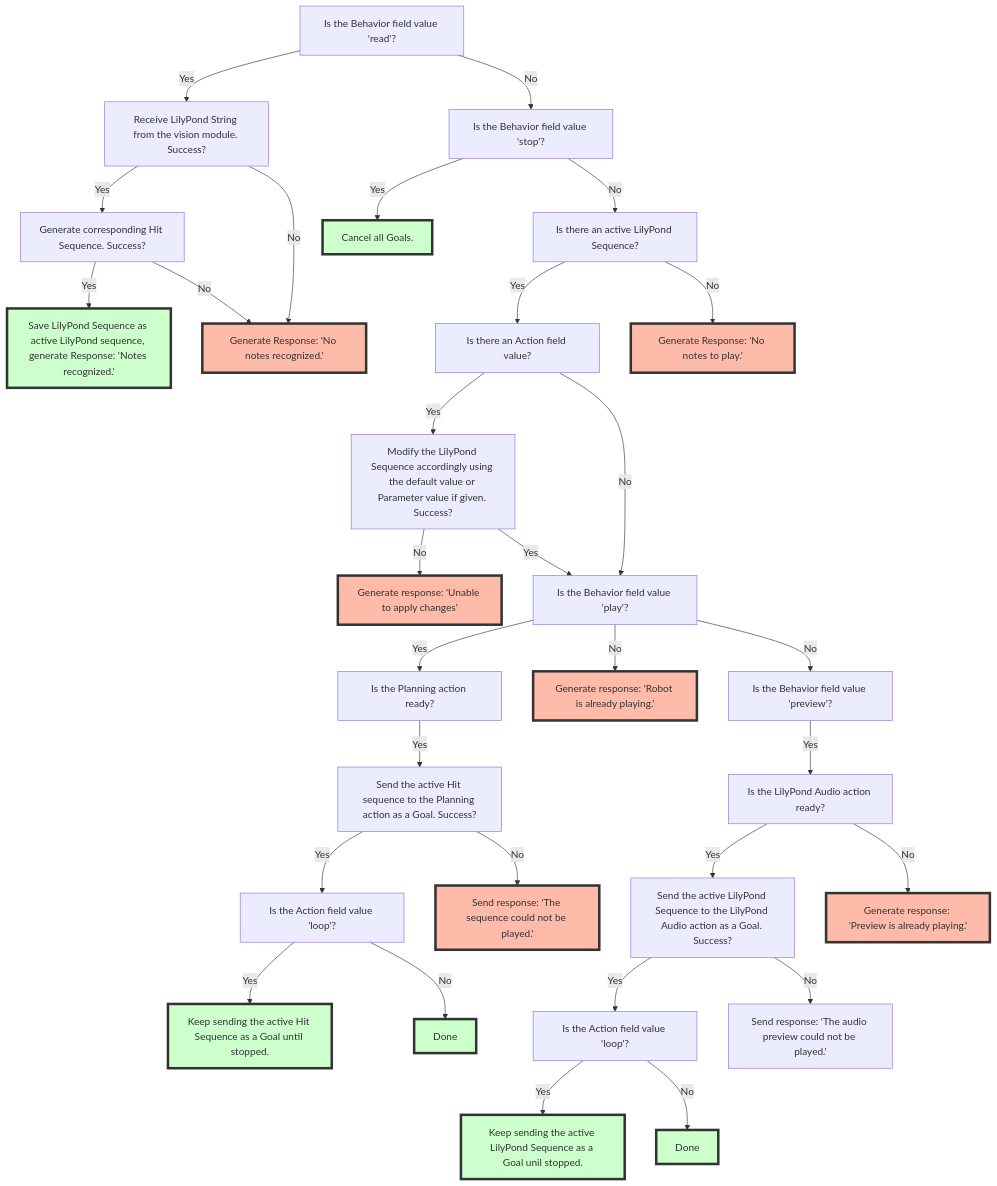
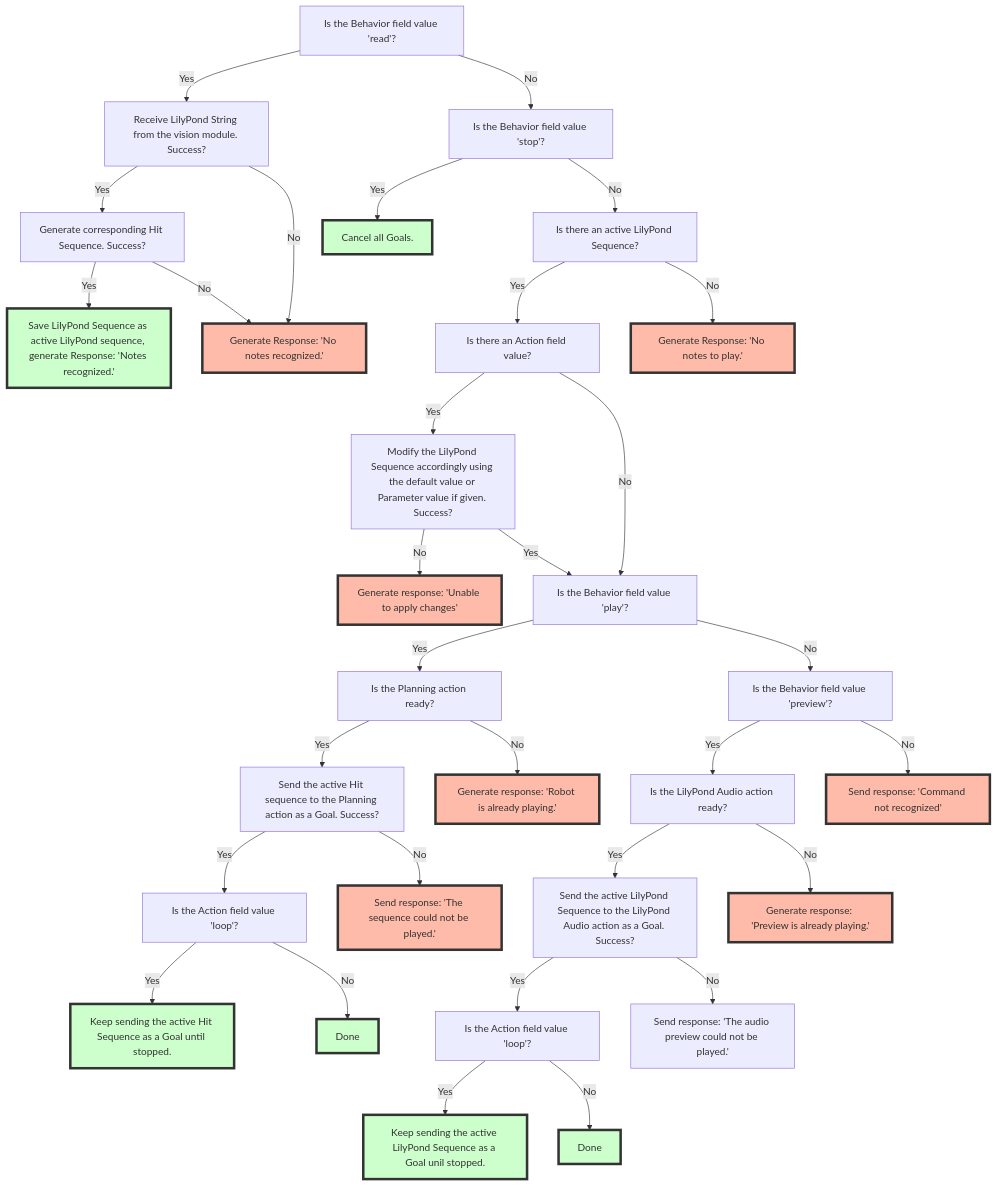
The second of 2 diagrams in marimbabot_behavior/README.md (UHHRobotics22-23/MarimbaBot), drawn with Mermaid before and after one commit.

Commit message:
fix decision tree

````diff
--- a/marimbabot_behavior/README.md
+++ b/marimbabot_behavior/README.md
@@ -59,49 +59,52 @@
 ```mermaid
 flowchart TD
     B1[Is the Behavior field value 'read'?] -->|Yes| V[Receive LilyPond String from the vision module. Success?]
     V --> |Yes| H[Generate corresponding Hit Sequence. Success?]
     H --> |Yes| S1[Save LilyPond Sequence as active LilyPond sequence, generate Response: 'Notes recognized.']
     style S1 fill:#0f03,stroke:#333,stroke-width:4px
     V --> |No| F1[Generate Response: 'No notes recognized.']
     style F1 fill:#f305,stroke:#333,stroke-width:4px
     H --> |No| F1
 
     B1 --> |No| B2[Is the Behavior field value 'stop'?]
     B2 --> |Yes| C[Cancel all Goals.]
     style C fill:#0f03,stroke:#333,stroke-width:4px
 
     B2 --> |No| L[Is there an active LilyPond Sequence?]
     L --> |Yes| A1[Is there an Action field value?]
     L --> |No| F2[Generate Response: 'No notes to play.']
     style F2 fill:#f305,stroke:#333,stroke-width:4px
 
     A1 --> |Yes| ST[Modify the LilyPond Sequence accordingly using the default value or Parameter value if given. Success?]
     ST --> |No| F3[Generate response: 'Unable to apply changes']
     style F3 fill:#f305,stroke:#333,stroke-width:4px
 
     ST --> |Yes| B3[Is the Behavior field value 'play'?]
     A1 --> |No| B3
     B3 --> |Yes| PA[Is the Planning action ready?]
     PA --> |Yes| PG1[Send the active Hit sequence to the Planning action as a Goal. Success?]
-    B3 --> |No| F4[Generate response: 'Robot is already playing.']
+    PA --> |No| F4[Generate response: 'Robot is already playing.']
     style F4 fill:#f305,stroke:#333,stroke-width:4px
     PG1 --> |Yes| A2[Is the Action field value 'loop'?]
     PG1 --> |No| F5[Send response: 'The sequence could not be played.']
     style F5 fill:#f305,stroke:#333,stroke-width:4px
     A2 --> |Yes| PG2[Keep sending the active Hit Sequence as a Goal until stopped.]
     style PG2 fill:#0f03,stroke:#333,stroke-width:4px
     A2 --> |No| S2[Done]
     style S2 fill:#0f03,stroke:#333,stroke-width:4px
 
     B3 --> |No| B4[Is the Behavior field value 'preview'?]
     B4 --> |Yes| LA[Is the LilyPond Audio action ready?]
     LA --> |Yes| LG1[Send the active LilyPond Sequence to the LilyPond Audio action as a Goal. Success?]
     LA --> |No| F6[Generate response: 'Preview is already playing.']
     style F6 fill:#f305,stroke:#333,stroke-width:4px
     LG1 --> |Yes| A3[Is the Action field value 'loop'?]
     LG1 --> |No| F7[Send response: 'The audio preview could not be played.']
     A3 --> |Yes| LG2[Keep sending the active LilyPond Sequence as a Goal unil stopped.]
     style LG2 fill:#0f03,stroke:#333,stroke-width:4px
     A3 --> |No| S3[Done]
     style S3 fill:#0f03,stroke:#333,stroke-width:4px
+
+    B4 --> |No| F8[Send response: 'Command not recognized']
+    style F8 fill:#f305,stroke:#333,stroke-width:4px
 ```
````
